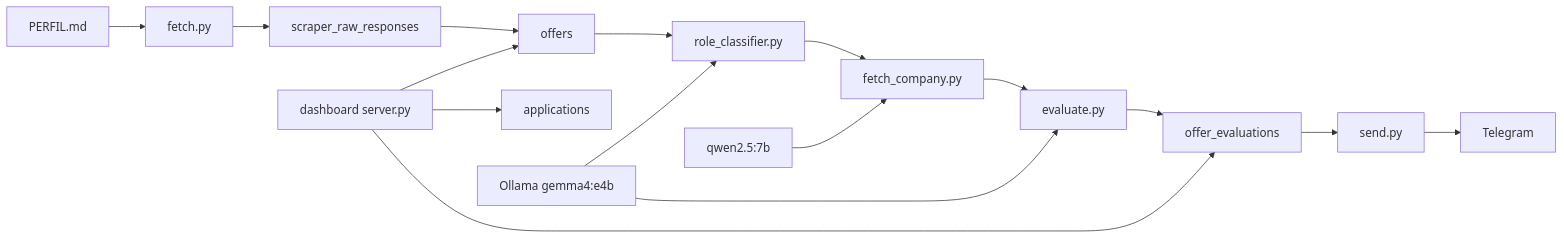
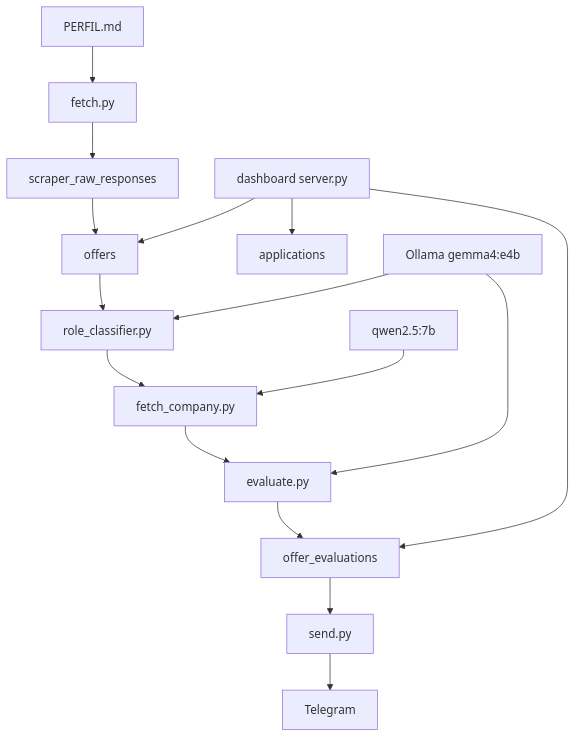
Before and after one commit to Veidos/job-intelligence-agent: the diagram in README.md, drawn with Mermaid. The commit also changed other lines of this file, not shown here.

Commit message:
docs: pipeline table compacta + mermaid TD

````diff
--- a/README.md
+++ b/README.md
@@ -25,18 +25,18 @@
 ```mermaid
-flowchart LR
+flowchart TD
   A[PERFIL.md] --> B[fetch.py]
   B --> C[scraper_raw_responses]
   C --> D[offers]
   D --> E[role_classifier.py]
   E --> F[fetch_company.py]
   F --> G[evaluate.py]
   G --> H[offer_evaluations]
   H --> I[send.py]
   I --> J[Telegram]
   K[dashboard server.py] --> D
   K --> H
   K --> L[applications]
   M[Ollama gemma4:e4b] --> E
   M --> G
   N[qwen2.5:7b] --> F
 ```
````
